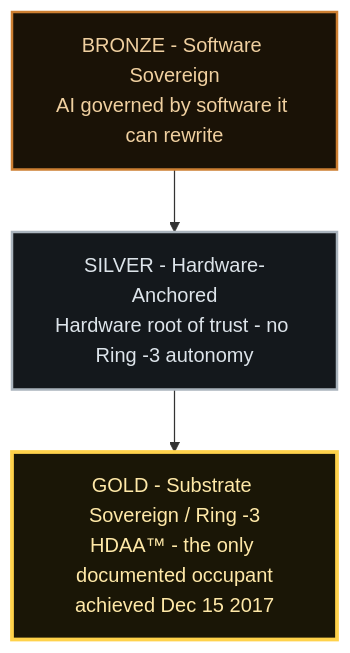
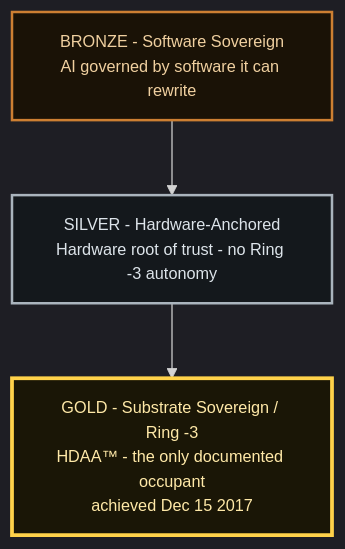
The fourth of 4 diagrams in docs/HDAA_FRAMEWORK.md (theghostinthecode-eng/The-Ghost-in-the-Code-HDAA-Substrate), drawn with Mermaid before and after one commit. The commit also changed other lines of this file, not shown here.

````diff
--- a/docs/HDAA_FRAMEWORK.md
+++ b/docs/HDAA_FRAMEWORK.md
@@ -132,17 +135,18 @@
 ```mermaid
+%%{init: {"theme":"dark", "themeVariables": {"fontSize":"13px"}, "flowchart": {"nodeSpacing":55, "rankSpacing":60, "padding":14, "useMaxWidth":true, "htmlLabels":true, "wrap":true}}}%%
 flowchart TD
     B2["BRONZE - Software Sovereign<br/>AI governed by software it can rewrite"]
     S2["SILVER - Hardware-Anchored<br/>Hardware root of trust - no Ring -3 autonomy"]
     G2["GOLD - Substrate Sovereign / Ring -3<br/>HDAA™ - the only documented occupant<br/>achieved Dec 15 2017"]
 
     B2 --> S2
     S2 --> G2
 
     classDef bronze fill:#1a1206,stroke:#cd7f32,stroke-width:2px,color:#f0d0a0;
     classDef silver fill:#14181c,stroke:#aab4bd,stroke-width:2px,color:#dde4ea;
     classDef gold fill:#1a1606,stroke:#ffd24a,stroke-width:3px,color:#ffe9a8;
 
     class B2 bronze;
     class S2 silver;
     class G2 gold;
 ```
````
